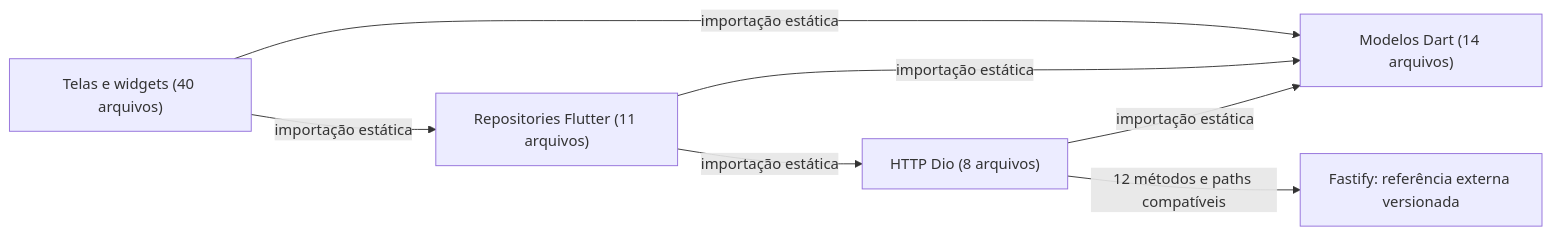
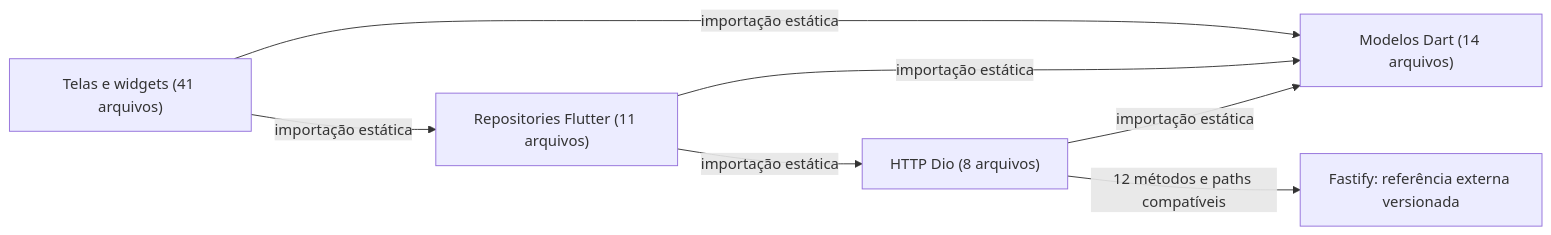
Before and after one commit to richardcastrogois/TrainForge: the first of 2 diagrams in docs/arquitetura/README.md, drawn with Mermaid. The commit also changed other lines of this file and 38 other files, not shown here.

Commit message:
feat: localize summaries and reference library flows

````diff
--- a/docs/arquitetura/README.md
+++ b/docs/arquitetura/README.md
@@ -19,14 +19,14 @@
 ```mermaid
 flowchart LR
-    node0["Telas e widgets (40 arquivos)"]
+    node0["Telas e widgets (41 arquivos)"]
     node1["Repositories Flutter (11 arquivos)"]
     node2["HTTP Dio (8 arquivos)"]
     node3["Modelos Dart (14 arquivos)"]
     node4["Fastify: referência externa versionada"]
     node2 -->|"importação estática"| node3
     node1 -->|"importação estática"| node2
     node1 -->|"importação estática"| node3
     node0 -->|"importação estática"| node3
     node0 -->|"importação estática"| node1
     node2 -->|"12 métodos e paths compatíveis"| node4
 ```
````
